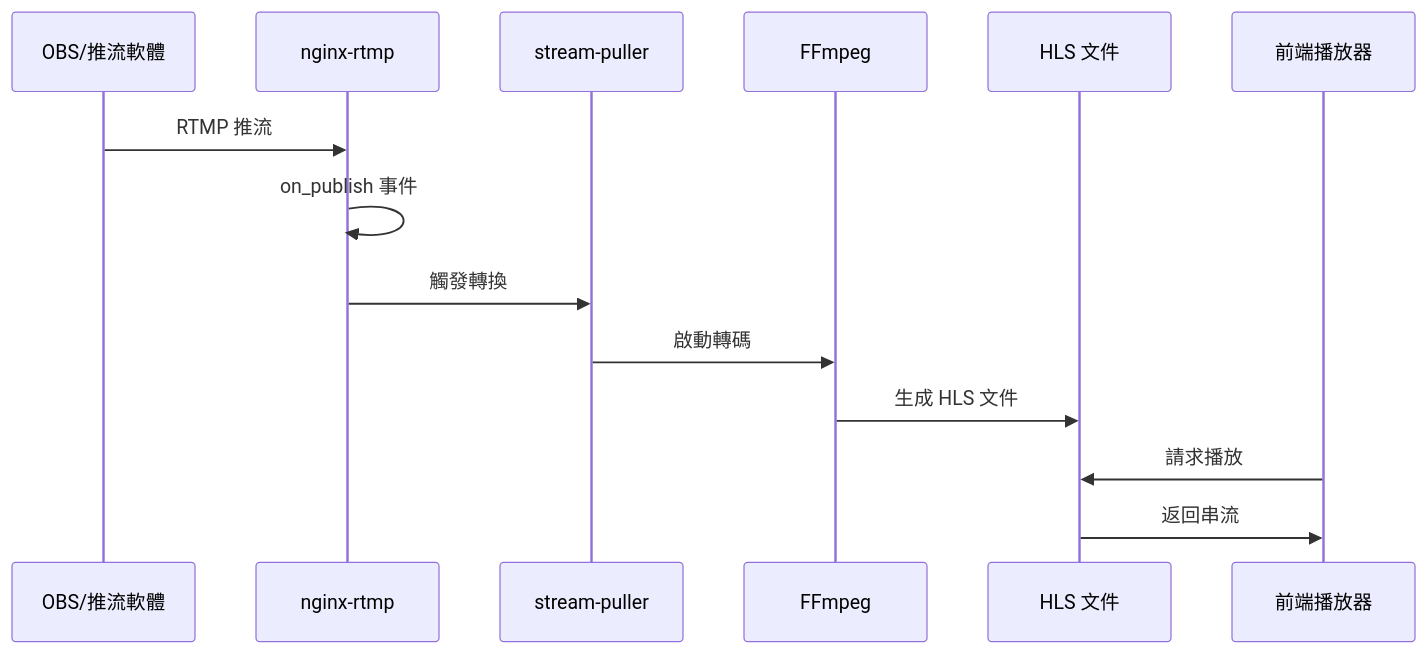
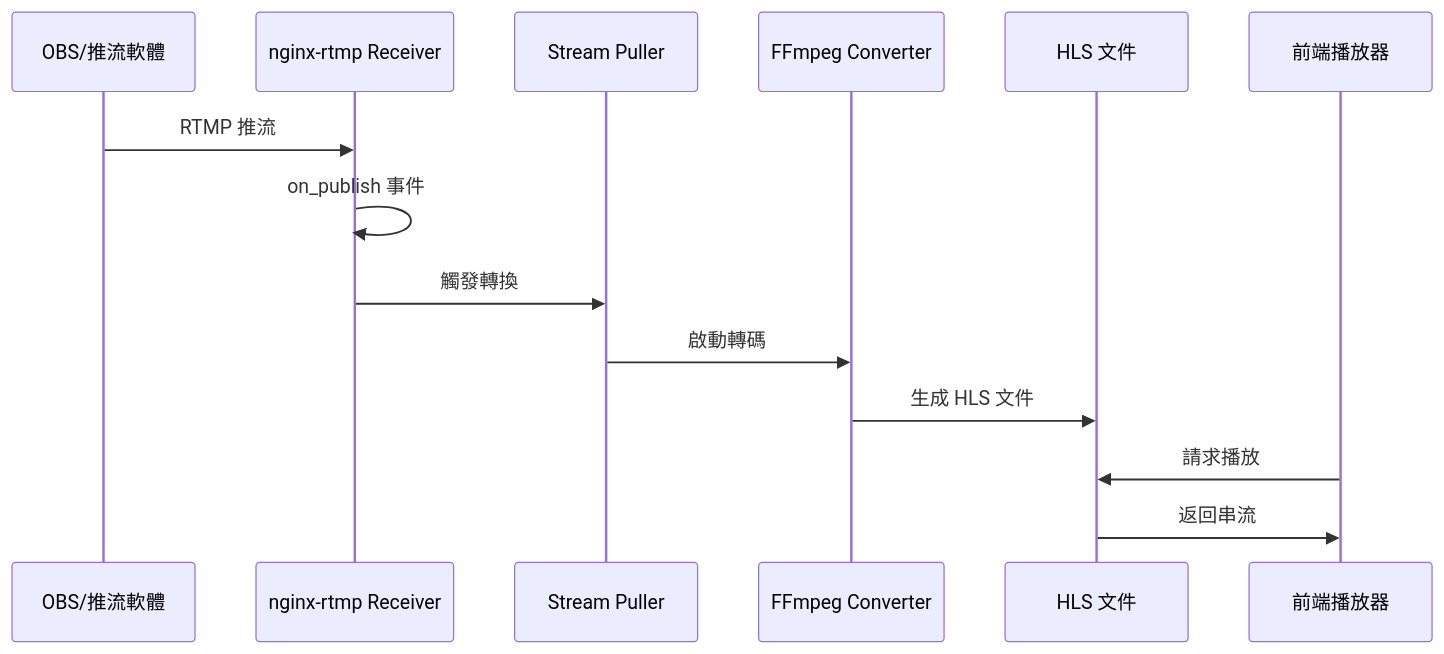
Before and after one commit to mike504110403/stream-demo: the second of 3 diagrams in README.md, drawn with Mermaid. The commit also changed other lines of this file and 266 other files, not shown here.

````diff
--- a/README.md
+++ b/README.md
@@ -90,17 +91,17 @@
 ```mermaid
 sequenceDiagram
     participant OBS as OBS/推流軟體
-    participant RTMP as nginx-rtmp
-    participant Puller as stream-puller
-    participant FFmpeg as FFmpeg
+    participant Receiver as nginx-rtmp Receiver
+    participant Puller as Stream Puller
+    participant Converter as FFmpeg Converter
     participant HLS as HLS 文件
     participant Player as 前端播放器
     
-    OBS->>RTMP: RTMP 推流
-    RTMP->>RTMP: on_publish 事件
-    RTMP->>Puller: 觸發轉換
-    Puller->>FFmpeg: 啟動轉碼
-    FFmpeg->>HLS: 生成 HLS 文件
+    OBS->>Receiver: RTMP 推流
+    Receiver->>Receiver: on_publish 事件
+    Receiver->>Puller: 觸發轉換
+    Puller->>Converter: 啟動轉碼
+    Converter->>HLS: 生成 HLS 文件
     Player->>HLS: 請求播放
     HLS->>Player: 返回串流
 ```
````
